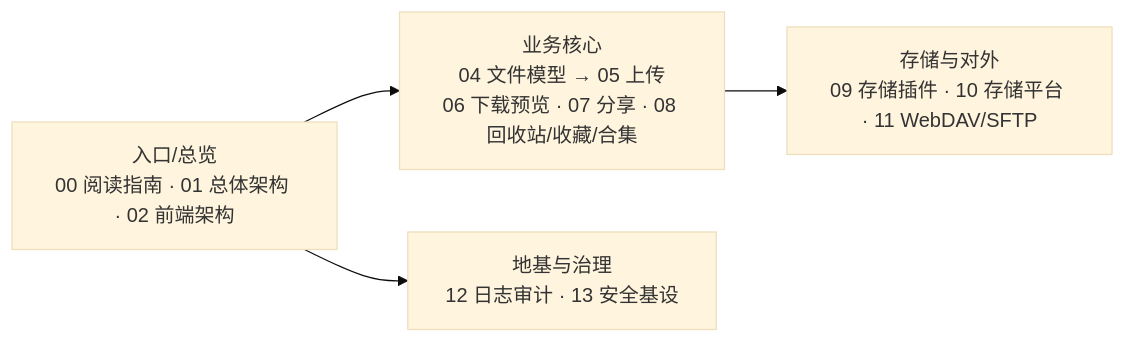
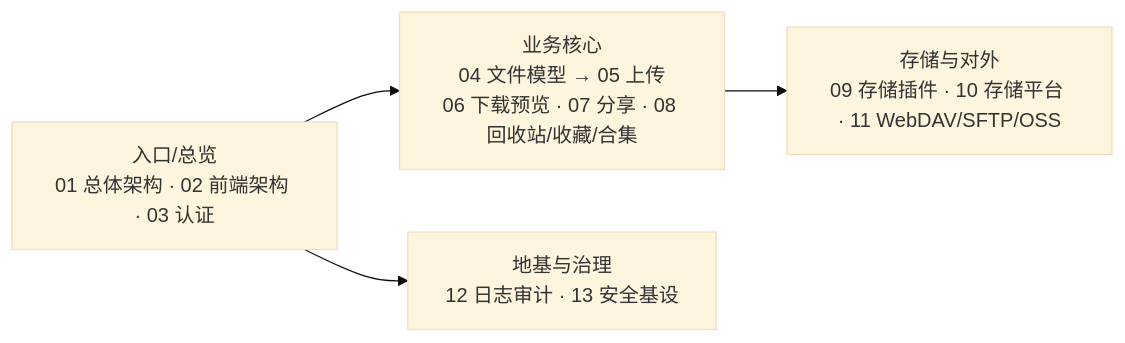
One commit to guangheUlti/gfs changed the second of 2 diagrams in doc/README.md. Above: the diagram before and after it, drawn with Mermaid (base theme). The commit also changed other lines of this file and 16 other files, not shown here.

````diff
--- a/doc/README.md
+++ b/doc/README.md
@@ -41,10 +153,10 @@
 ```mermaid
 flowchart LR
-    A[入口/总览<br/>00 阅读指南 · 01 总体架构 · 02 前端架构]
+    A[入口/总览<br/>01 总体架构 · 02 前端架构 · 03 认证]
     B[业务核心<br/>04 文件模型 → 05 上传<br/>06 下载预览 · 07 分享 · 08 回收站/收藏/合集]
-    C[存储与对外<br/>09 存储插件 · 10 存储平台 · 11 WebDAV/SFTP]
+    C[存储与对外<br/>09 存储插件 · 10 存储平台 · 11 WebDAV/SFTP/OSS]
     D[地基与治理<br/>12 日志审计 · 13 安全基设]
     A --> B
     A --> D
     B --> C
 ```
````
